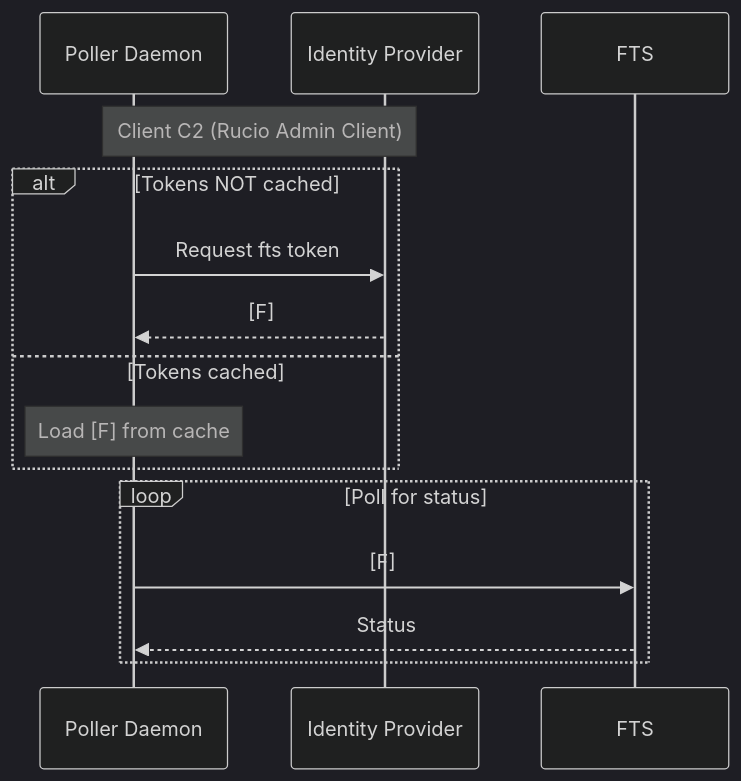
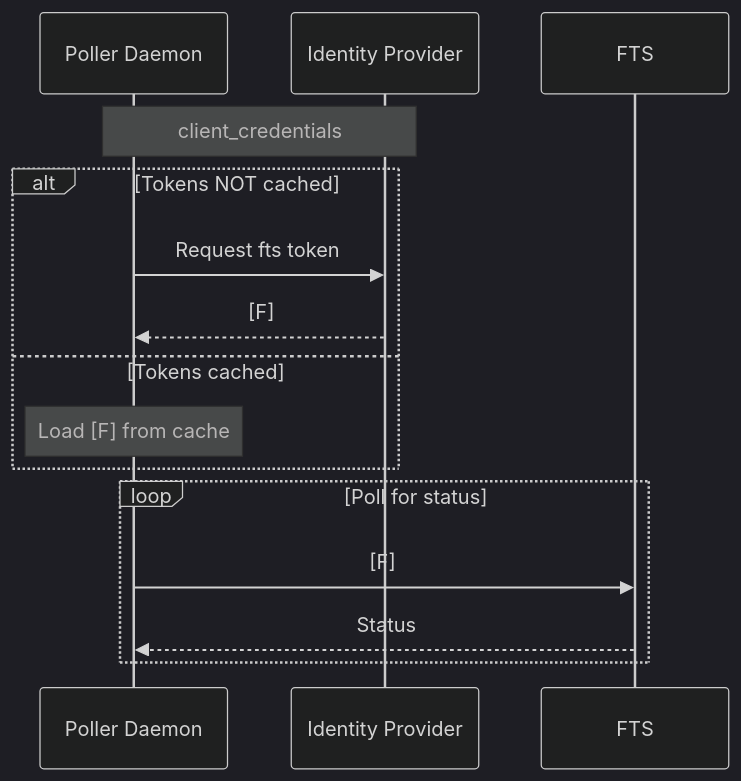
Before and after one commit to rucio/documentation: the second of 3 diagrams in docs/operator/installing_server.md, drawn with Mermaid (dark theme). The commit also changed other lines of this file, not shown here.

````diff
--- a/docs/operator/installing_server.md
+++ b/docs/operator/installing_server.md
@@ -402,17 +416,17 @@
    ```mermaid
    sequenceDiagram
        participant D as Poller Daemon
        participant I as Identity Provider
        participant F as FTS
-       Note over D,I: Client C2 (Rucio Admin Client)
+       Note over D,I: client_credentials
        alt Tokens NOT cached
            D->>I: Request fts token
            I-->>D: [F]
        else Tokens cached
            Note over D: Load [F] from cache
        end
        loop Poll for status
            D->>F: [F]
            F-->>D: Status
        end
    ```
````
